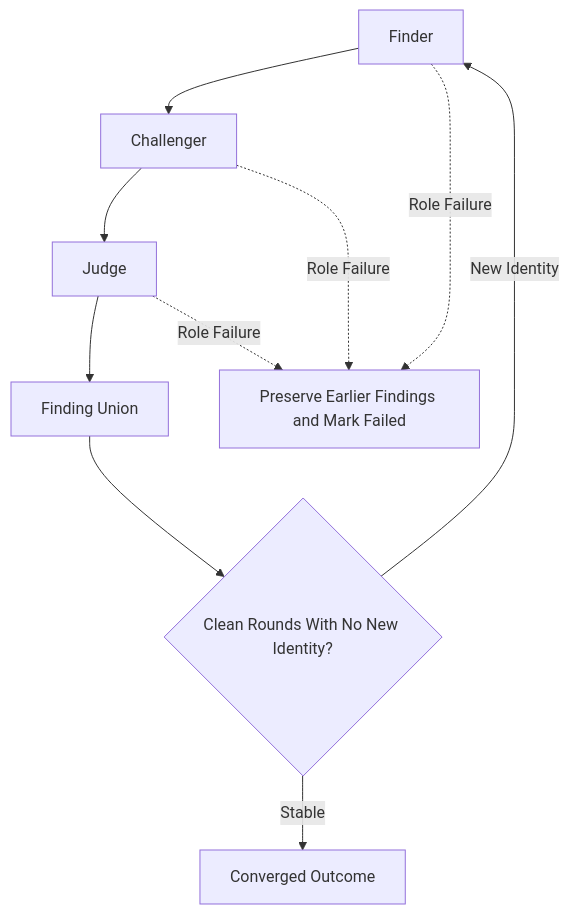
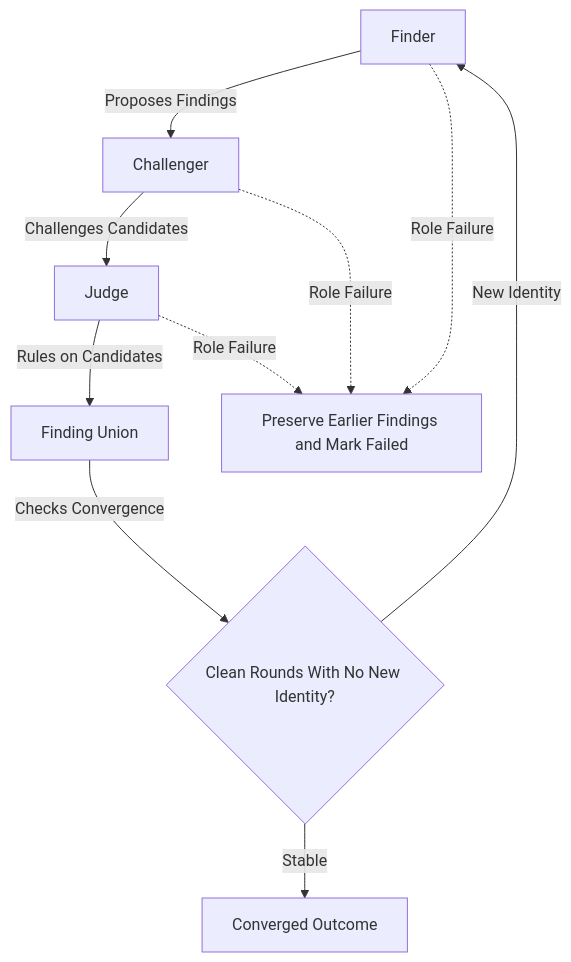
The third of 3 diagrams in docs/engine-design.md (eth4nr00t/cyberjury), drawn with Mermaid before and after one commit. The commit also changed other lines of this file and 2 other files, not shown here.

````diff
--- a/docs/engine-design.md
+++ b/docs/engine-design.md
@@ -294,12 +294,12 @@
 ```mermaid
 flowchart TD
-    A[Finder] --> B[Challenger]
-    B --> C[Judge]
-    C --> D[Finding Union]
-    D --> E{Clean Rounds With No New Identity?}
+    A[Finder] -- Proposes Findings --> B[Challenger]
+    B -- Challenges Candidates --> C[Judge]
+    C -- Rules on Candidates --> D[Finding Union]
+    D -- Checks Convergence --> E{Clean Rounds With No New Identity?}
     E -- New Identity --> A
     E -- Stable --> F[Converged Outcome]
     A -. Role Failure .-> G[Preserve Earlier Findings and Mark Failed]
     B -. Role Failure .-> G
     C -. Role Failure .-> G
 ```
````
